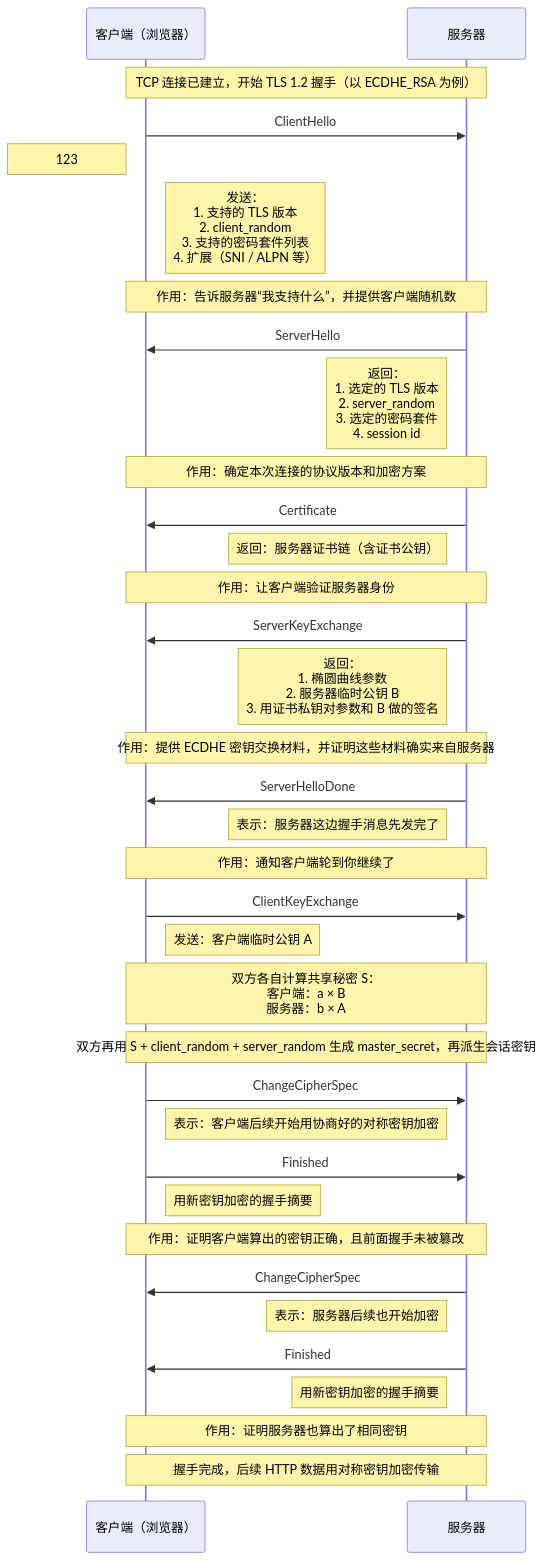
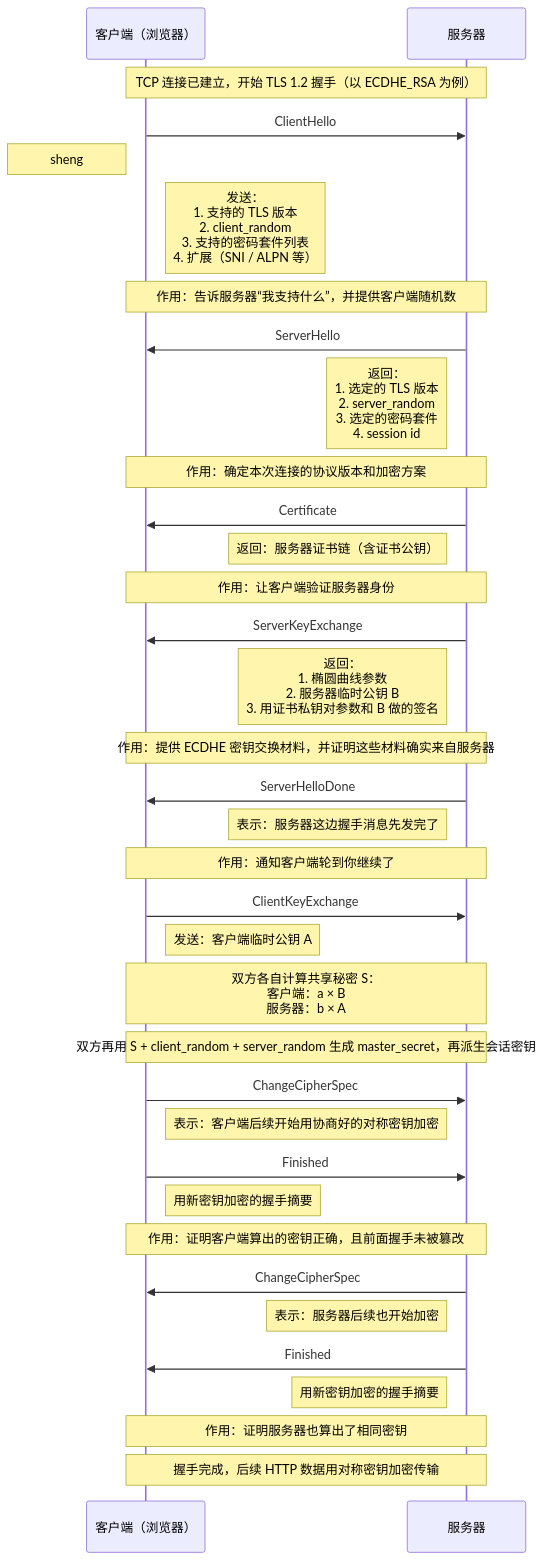
The diagram in all/TLS-1.2-ECDHA.md (HY-10-8/iodraw-files), drawn with Mermaid before and after one commit.

Commit message:
2026-03-30 16:45:57 update

````diff
--- a/all/TLS-1.2-ECDHA.md
+++ b/all/TLS-1.2-ECDHA.md
@@ -1,50 +1,50 @@
 ```mermaid
 sequenceDiagram
     participant C as 客户端（浏览器）
     participant S as 服务器
 
     Note over C,S: TCP 连接已建立，开始 TLS 1.2 握手（以 ECDHE_RSA 为例）
 
     C->>S: ClientHello
-    Note left of C: 123
+    Note left of C: sheng
     Note right of C: 发送：<br/>1. 支持的 TLS 版本<br/>2. client_random<br/>3. 支持的密码套件列表<br/>4. 扩展（SNI / ALPN 等）
     Note over C,S: 作用：告诉服务器“我支持什么”，并提供客户端随机数
 
     S->>C: ServerHello
     Note left of S: 返回：<br/>1. 选定的 TLS 版本<br/>2. server_random<br/>3. 选定的密码套件<br/>4. session id
     Note over C,S: 作用：确定本次连接的协议版本和加密方案
 
     S->>C: Certificate
     Note left of S: 返回：服务器证书链（含证书公钥）
     Note over C,S: 作用：让客户端验证服务器身份
 
     S->>C: ServerKeyExchange
     Note left of S: 返回：<br/>1. 椭圆曲线参数<br/>2. 服务器临时公钥 B<br/>3. 用证书私钥对参数和 B 做的签名
     Note over C,S: 作用：提供 ECDHE 密钥交换材料，并证明这些材料确实来自服务器
 
     S->>C: ServerHelloDone
     Note left of S: 表示：服务器这边握手消息先发完了
     Note over C,S: 作用：通知客户端轮到你继续了
 
     C->>S: ClientKeyExchange
     Note right of C: 发送：客户端临时公钥 A
     Note over C,S: 双方各自计算共享秘密 S：<br/>客户端：a × B<br/>服务器：b × A
 
     Note over C,S: 双方再用 S + client_random + server_random 生成 master_secret，再派生会话密钥
 
     C->>S: ChangeCipherSpec
     Note right of C: 表示：客户端后续开始用协商好的对称密钥加密
 
     C->>S: Finished
     Note right of C: 用新密钥加密的握手摘要
     Note over C,S: 作用：证明客户端算出的密钥正确，且前面握手未被篡改
 
     S->>C: ChangeCipherSpec
     Note left of S: 表示：服务器后续也开始加密
 
     S->>C: Finished
     Note left of S: 用新密钥加密的握手摘要
     Note over C,S: 作用：证明服务器也算出了相同密钥
 
     Note over C,S: 握手完成，后续 HTTP 数据用对称密钥加密传输
 ```
````
